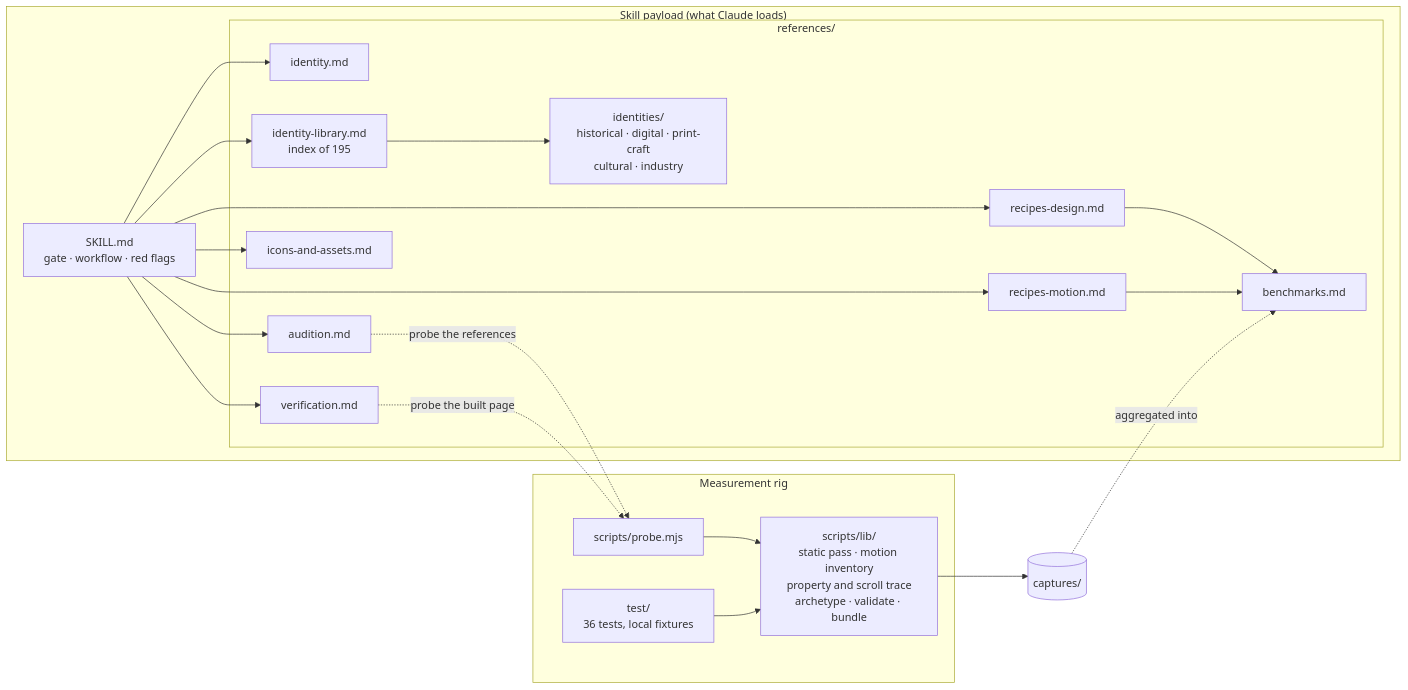
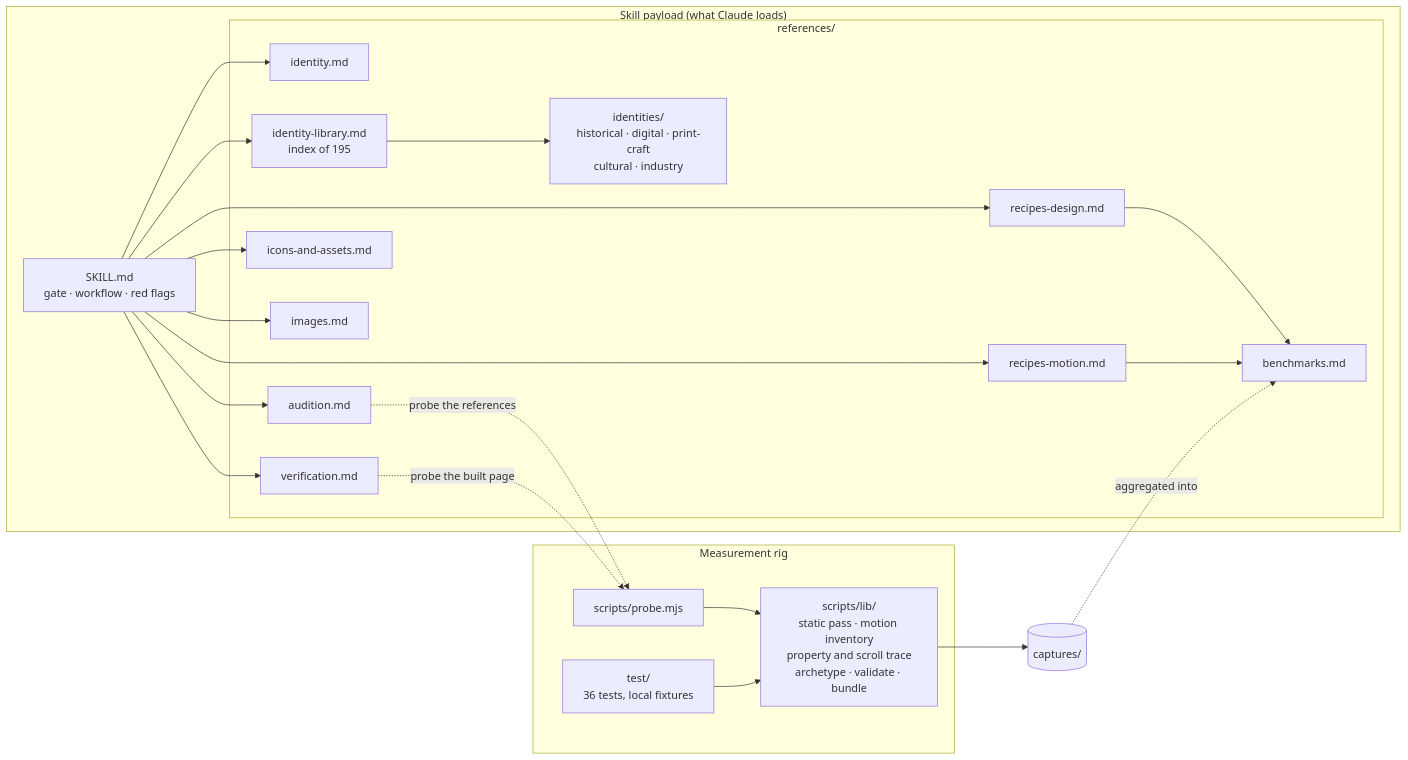
One commit to jounimn/df-design changed the second of 2 diagrams in README.md. Above: the diagram before and after it, drawn with Mermaid. The commit also changed other lines of this file and 38 other files, not shown here.

````diff
--- a/README.md
+++ b/README.md
@@ -111,31 +118,32 @@
 ```mermaid
 flowchart LR
     subgraph Skill["Skill payload (what Claude loads)"]
         SK["SKILL.md<br/>gate · workflow · red flags"]
         subgraph Refs["references/"]
             ID["identity.md"]
             AUD["audition.md"]
             LIB["identity-library.md<br/>index of 195"]
             FAM["identities/<br/>historical · digital · print-craft<br/>cultural · industry"]
             RD["recipes-design.md"]
             RM["recipes-motion.md"]
             IC["icons-and-assets.md"]
+            IMG["images.md"]
             VER["verification.md"]
             BEN["benchmarks.md"]
         end
     end
     subgraph Rig["Measurement rig"]
         PRB["scripts/probe.mjs"]
         LIBS["scripts/lib/<br/>static pass · motion inventory<br/>property and scroll trace<br/>archetype · validate · bundle"]
         TST["test/<br/>36 tests, local fixtures"]
     end
-    SK --> ID & AUD & LIB & RD & RM & IC & VER
+    SK --> ID & AUD & LIB & RD & RM & IC & IMG & VER
     LIB --> FAM
     RD & RM --> BEN
     PRB --> LIBS
     LIBS --> CAP[("captures/")]
     CAP -. "aggregated into" .-> BEN
     AUD -. "probe the references" .-> PRB
     VER -. "probe the built page" .-> PRB
     TST --> LIBS
 ```
````
